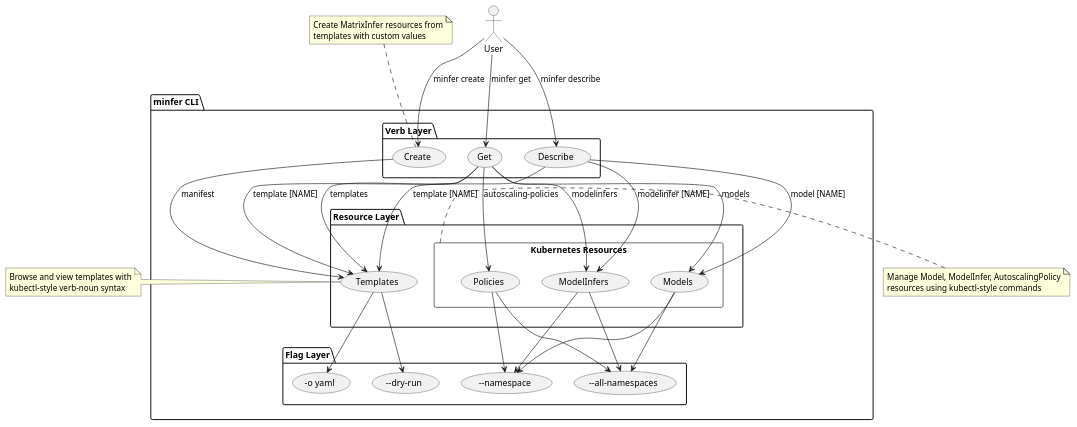
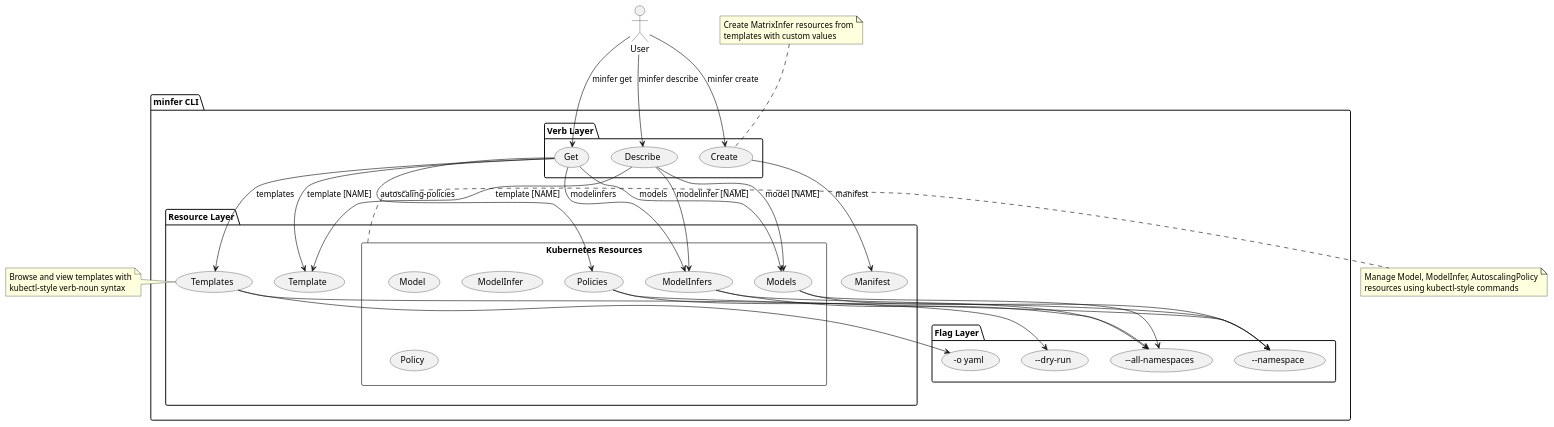
Before and after one commit to matrixinfer-ai/kthena: the first of 2 diagrams in cli/minfer/README.md, drawn with PlantUML.

Commit message:
Updates minfer CLI diagram
Refines the diagram to accurately represent the relationships
between the CLI commands, resource layer, and Kubernetes
resources.

Clarifies the flow of operations and resource interactions.

````diff
--- a/cli/minfer/README.md
+++ b/cli/minfer/README.md
@@ -9,71 +9,77 @@
 ```plantuml
 actor "User" as user
 
 package "minfer CLI" {
   
   package "Verb Layer" {
     usecase "Get" as GetVerb
     usecase "Describe" as DescribeVerb
     usecase "Create" as CreateVerb
   }
   
   package "Resource Layer" {
-    usecase "Templates" as TemplatesResource
+    usecase "Templates" as Templates
+    usecase "Template" as Template
+    
+    usecase "Manifest" as Manifest
+    
     rectangle "Kubernetes Resources" as KubernetesResources {
-       usecase "Models" as ModelsResource
-       usecase "ModelInfers" as ModelInfersResource
-       usecase "Policies" as PoliciesResource
+       usecase "Models" as ModelResources
+       usecase "Model" as ModelResource
+       usecase "ModelInfers" as ModelInferResources
+       usecase "ModelInfer" as ModelInferResource
+       usecase "Policy" as PolicyResource
+       usecase "Policies" as PolicyResources
     }
   }
   
   package "Flag Layer" {
     usecase "-o yaml" as OutputFlag
     usecase "--dry-run" as DryRunFlag
     usecase "--namespace" as NamespaceFlag
     usecase "--all-namespaces" as AllNamespacesFlag
   }
 }
 
 ' User interactions with verb layer (kubectl-style)
 user --> GetVerb : minfer get
 user --> DescribeVerb : minfer describe
 user --> CreateVerb : minfer create
 
 ' Verb layer connects to resource layer
-GetVerb --> TemplatesResource : templates
-GetVerb --> TemplatesResource : template [NAME]
-GetVerb --> ModelsResource : models
-GetVerb --> ModelInfersResource : modelinfers
-GetVerb --> PoliciesResource : autoscaling-policies
+CreateVerb --> Manifest : manifest
+GetVerb --> Templates : templates
+GetVerb --> Template : template [NAME]
+GetVerb --> ModelResources : models
+GetVerb --> ModelInferResources : modelinfers
+GetVerb --> PolicyResources : autoscaling-policies
 
-DescribeVerb --> TemplatesResource : template [NAME]
-DescribeVerb --> ModelsResource : model [NAME]
-DescribeVerb --> ModelInfersResource : modelinfer [NAME]
-
-CreateVerb --> TemplatesResource : manifest
+DescribeVerb --> Template : template [NAME]
+DescribeVerb --> ModelResources : model [NAME]
+DescribeVerb --> ModelInferResources : modelinfer [NAME]
 
 ' Resources can use flags
-TemplatesResource --> OutputFlag
-TemplatesResource --> DryRunFlag
-ModelsResource --> NamespaceFlag
-ModelsResource --> AllNamespacesFlag
-ModelInfersResource --> AllNamespacesFlag
-ModelInfersResource --> NamespaceFlag
-PoliciesResource --> AllNamespacesFlag
-PoliciesResource --> NamespaceFlag
+Templates --> OutputFlag
+Templates --> DryRunFlag
+ModelResources --> NamespaceFlag
+ModelResources --> AllNamespacesFlag
+ModelInferResources --> AllNamespacesFlag
+ModelInferResources --> NamespaceFlag
+PolicyResources --> AllNamespacesFlag
+PolicyResources --> NamespaceFlag
 
-note left of TemplatesResource
+note left of Templates
   Browse and view templates with
   kubectl-style verb-noun syntax
 end note
 
 note top of CreateVerb
   Create MatrixInfer resources from
   templates with custom values
 end note
 
 note right of KubernetesResources
   Manage Model, ModelInfer, AutoscalingPolicy
   resources using kubectl-style commands
 end note
 ```
````
